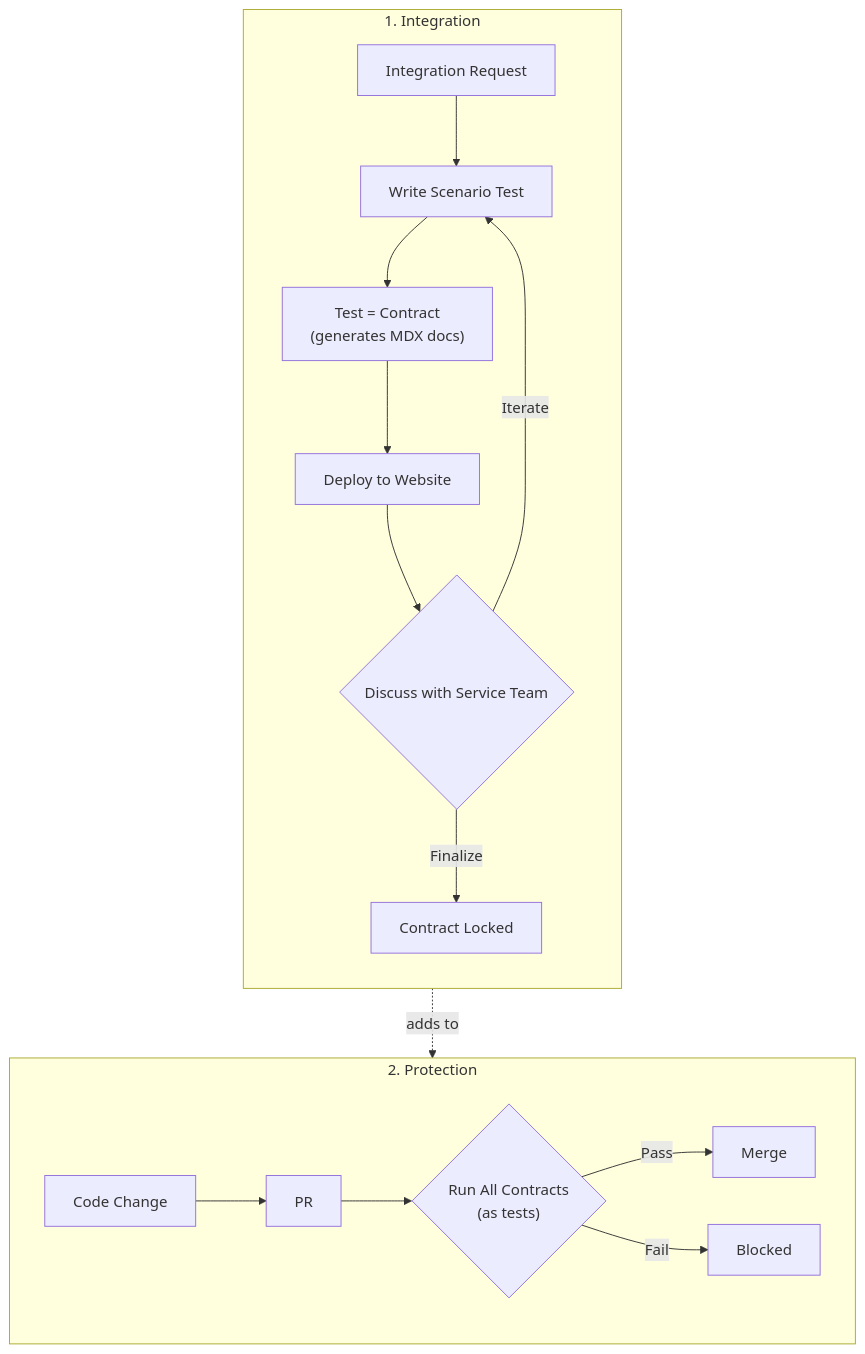
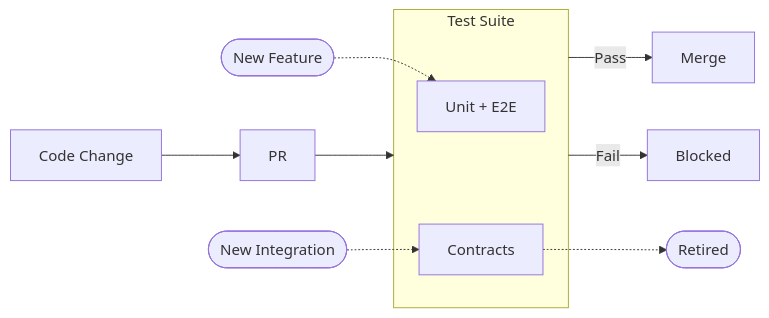
One commit to kakao/actionbase changed the second of 2 diagrams in website/src/content/docs/stories/contracts.mdx. Above: the diagram before and after it, drawn with Mermaid. The commit also changed other lines of this file, not shown here.

First line of the commit message:
docs(stories): refine contracts diagram and structure

````diff
--- a/website/src/content/docs/stories/contracts.mdx
+++ b/website/src/content/docs/stories/contracts.mdx
@@ -44,24 +62,16 @@
 ```mermaid
-flowchart TB
-    subgraph Integration ["1. Integration"]
-        direction TB
-        Request[Integration Request] --> Test["Write Scenario Test"]
-        Test --> Contract["Test = Contract
-        (generates MDX docs)"]
-        Contract --> Deploy["Deploy to Website"]
-        Deploy --> Review{Discuss with Service Team}
-        Review -->|Iterate| Test
-        Review -->|Finalize| Locked["Contract Locked"]
+flowchart LR
+    Change[Code Change] --> PR[PR]
+    PR --> TestSuite
+    TestSuite -->|Pass| Merge[Merge]
+    TestSuite -->|Fail| Block[Blocked]
+
+    subgraph TestSuite ["Test Suite"]
+        UnitE2E["Unit + E2E"]
+        Contracts["Contracts"]
     end
 
-    Locked -.->|adds to| Contracts
-
-    subgraph Protection ["2. Protection"]
-        direction LR
-        Change[Code Change] --> PR[PR]
-        PR --> Contracts{"Run All Contracts
-        (as tests)"}
-        Contracts -->|Pass| Merge[Merge]
-        Contracts -->|Fail| Block[Blocked]
-    end
+    Feature([New Feature]) -.-> UnitE2E
+    Integration([New Integration]) -.-> Contracts
+    Contracts -.-> Retired([Retired])
 ```
````
